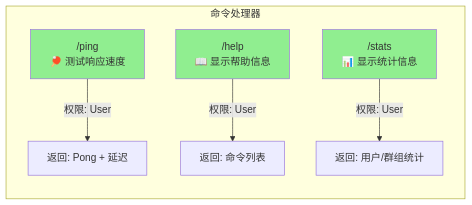
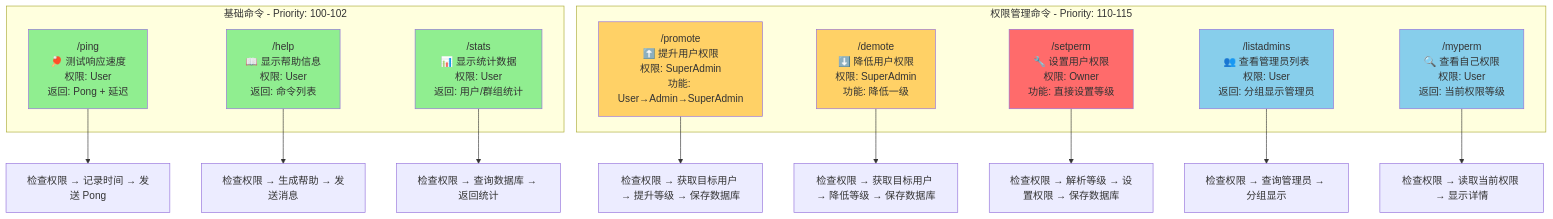
One commit to asmitul/go-telegram-bot changed the fourth of 26 diagrams in docs/architecture-diagram.md. Above: the diagram before and after it, drawn with Mermaid. The commit also changed other lines of this file, not shown here.

Commit message:
✔️ 更新architecture-diagram.md文档

````diff
--- a/docs/architecture-diagram.md
+++ b/docs/architecture-diagram.md
@@ -58,17 +203,35 @@
 ```mermaid
-graph LR
-    subgraph Commands[命令处理器]
-        direction TB
-        Ping["/ping<br/>🏓 测试响应速度"]
-        Help["/help<br/>📖 显示帮助信息"]
-        Stats["/stats<br/>📊 显示统计信息"]
+graph TB
+    subgraph BasicCommands[基础命令 - Priority: 100-102]
+        Ping["/ping<br/>🏓 测试响应速度<br/>权限: User<br/>返回: Pong + 延迟"]
+        Help["/help<br/>📖 显示帮助信息<br/>权限: User<br/>返回: 命令列表"]
+        Stats["/stats<br/>📊 显示统计数据<br/>权限: User<br/>返回: 用户/群组统计"]
+    end
 
-        Ping --> |权限: User| PingResp["返回: Pong + 延迟"]
-        Help --> |权限: User| HelpResp["返回: 命令列表"]
-        Stats --> |权限: User| StatsResp["返回: 用户/群组统计"]
+    subgraph PermCommands[权限管理命令 - Priority: 110-115]
+        Promote["/promote<br/>⬆️ 提升用户权限<br/>权限: SuperAdmin<br/>功能: User→Admin→SuperAdmin"]
+        Demote["/demote<br/>⬇️ 降低用户权限<br/>权限: SuperAdmin<br/>功能: 降低一级"]
+        SetPerm["/setperm<br/>🔧 设置用户权限<br/>权限: Owner<br/>功能: 直接设置等级"]
+        ListAdmins["/listadmins<br/>👥 查看管理员列表<br/>权限: User<br/>返回: 分组显示管理员"]
+        MyPerm["/myperm<br/>🔍 查看自己权限<br/>权限: User<br/>返回: 当前权限等级"]
     end
+
+    Ping --> PingFlow[检查权限 → 记录时间 → 发送 Pong]
+    Help --> HelpFlow[检查权限 → 生成帮助 → 发送消息]
+    Stats --> StatsFlow[检查权限 → 查询数据库 → 返回统计]
+
+    Promote --> PromoteFlow[检查权限 → 获取目标用户 → 提升等级 → 保存数据库]
+    Demote --> DemoteFlow[检查权限 → 获取目标用户 → 降低等级 → 保存数据库]
+    SetPerm --> SetPermFlow[检查权限 → 解析等级 → 设置权限 → 保存数据库]
+    ListAdmins --> ListFlow[检查权限 → 查询管理员 → 分组显示]
+    MyPerm --> MyPermFlow[检查权限 → 读取当前权限 → 显示详情]
 
     style Ping fill:#90EE90
     style Help fill:#90EE90
     style Stats fill:#90EE90
+    style Promote fill:#FFD166
+    style Demote fill:#FFD166
+    style SetPerm fill:#FF6B6B
+    style ListAdmins fill:#87CEEB
+    style MyPerm fill:#87CEEB
 ```
````
